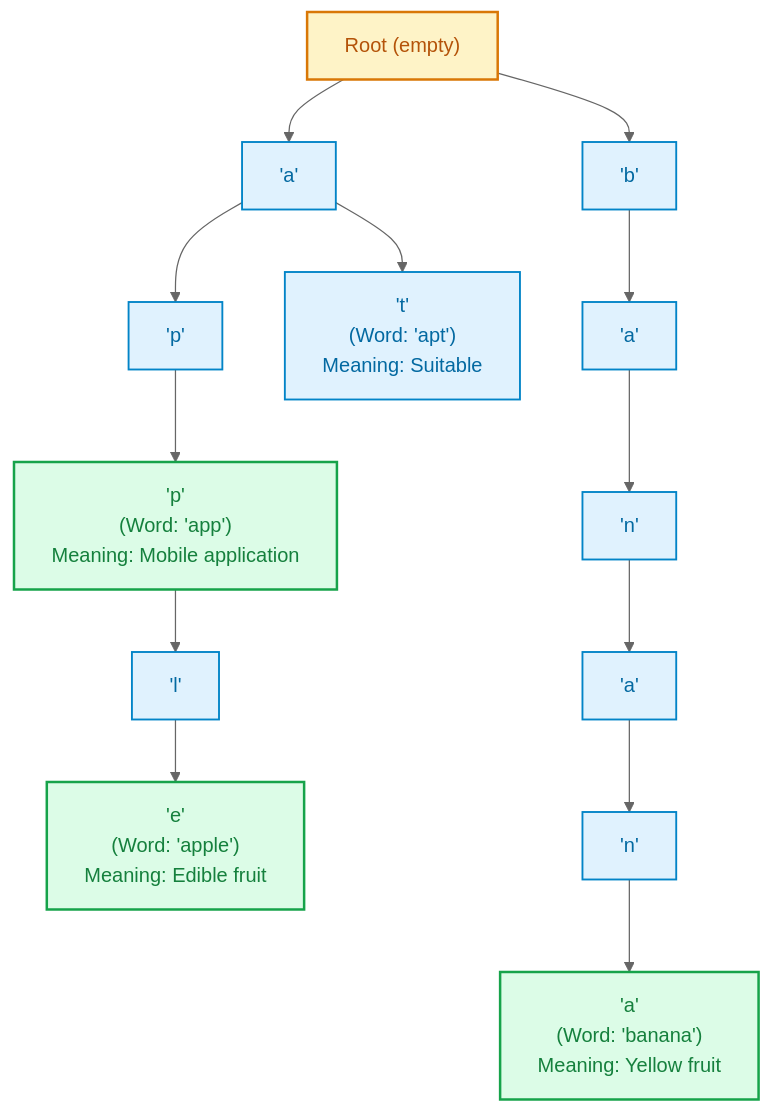
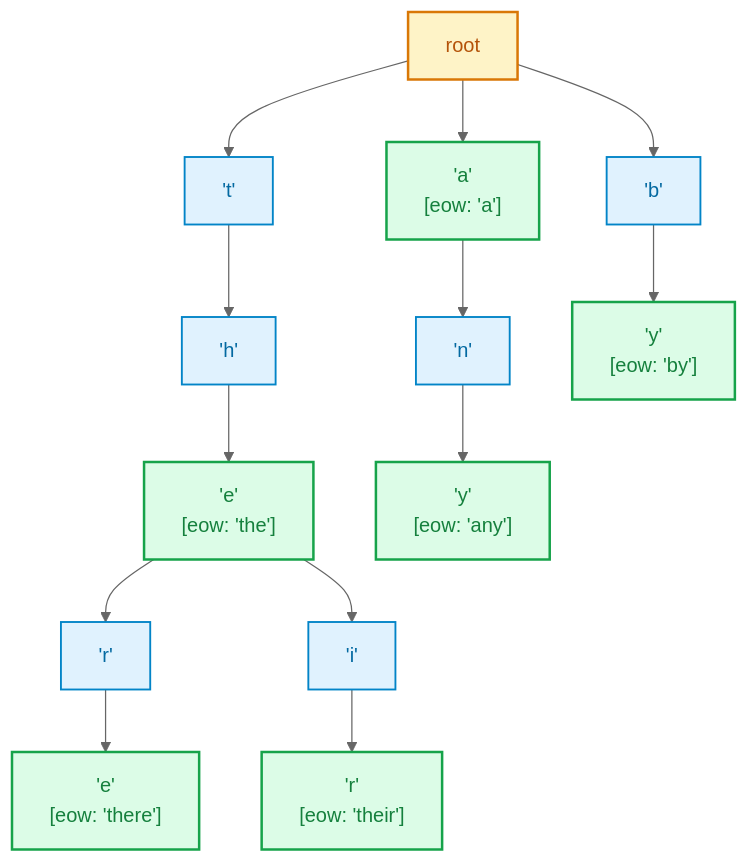
The diagram in project/PROJECT_REPORT.md (MSB-io/DSA3), drawn with Mermaid (neutral theme) before and after one commit. The commit also changed other lines of this file, not shown here.

````diff
--- a/project/PROJECT_REPORT.md
+++ b/project/PROJECT_REPORT.md
@@ -40,41 +61,42 @@
 ```mermaid
 flowchart TD
-    Root["Root (empty)"]
+    Root["root"]
 
-    A["'a'"]
-    P1["'p'"]
-    P2["'p'<br/>(Word: 'app')<br/>Meaning: Mobile application"]
-    L["'l'"]
-    E["'e'<br/>(Word: 'apple')<br/>Meaning: Edible fruit"]
-    T["'t'<br/>(Word: 'apt')<br/>Meaning: Suitable"]
+    T["'t'"]
+    H["'h'"]
+    E["'e'<br/>[eow: 'the']"]
+    R1["'r'"]
+    E2["'e'<br/>[eow: 'there']"]
+    I["'i'"]
+    R2["'r'<br/>[eow: 'their']"]
+
+    A["'a'<br/>[eow: 'a']"]
+    N["'n'"]
+    Y1["'y'<br/>[eow: 'any']"]
 
     B["'b'"]
-    AN["'a'"]
-    N1["'n'"]
-    AN2["'a'"]
-    N2["'n'"]
-    A_END["'a'<br/>(Word: 'banana')<br/>Meaning: Yellow fruit"]
+    Y2["'y'<br/>[eow: 'by']"]
 
+    Root --> T
     Root --> A
     Root --> B
 
-    A --> P1
-    A --> T
+    T --> H
+    H --> E
+    E --> R1
+    R1 --> E2
+    E --> I
+    I --> R2
 
-    P1 --> P2
-    P2 --> L
-    L --> E
+    A --> N
+    N --> Y1
 
-    B --> AN
-    AN --> N1
-    N1 --> AN2
-    AN2 --> N2
-    N2 --> A_END
+    B --> Y2
 
-    classDef term fill:#dcfce7,stroke:#16a34a,stroke-width:2px,color:#15803d;
-    classDef inter fill:#e0f2fe,stroke:#0284c7,stroke-width:1.5px,color:#0369a1;
-    classDef root fill:#fef3c7,stroke:#d97706,stroke-width:2px,color:#b45309;
-    class Root root;
-    class A,P1,L,T,B,AN,N1,AN2,N2 inter;
-    class P2,E,A_END term;
+    classDef terminal fill:#dcfce7,stroke:#16a34a,stroke-width:2px,color:#15803d;
+    classDef intermediate fill:#e0f2fe,stroke:#0284c7,stroke-width:1.5px,color:#0369a1;
+    classDef rootNode fill:#fef3c7,stroke:#d97706,stroke-width:2px,color:#b45309;
+    class Root rootNode;
+    class T,H,R1,I,N,B intermediate;
+    class E,E2,R2,A,Y1,Y2 terminal;
 ```
````
